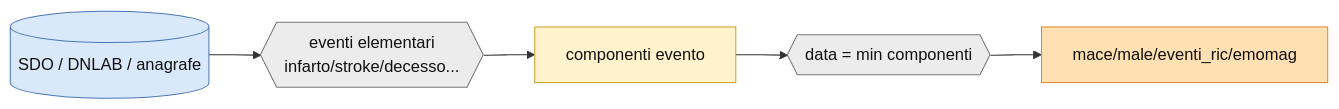
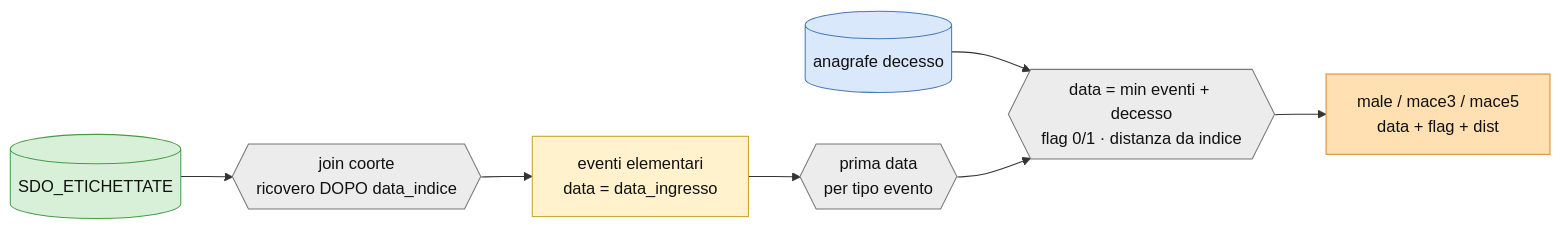
The tenth of 14 diagrams in OCVTS.md (arjunascagnetto/OCVTS), drawn with Mermaid before and after one commit. The commit also changed other lines of this file, not shown here.

First line of the commit message:
Eventi: arricchita la costruzione di MALE e MACE 3p/5p

````diff
--- a/OCVTS.md
+++ b/OCVTS.md
@@ -740,9 +734,12 @@
 ```mermaid
 flowchart LR
-  sdo[(SDO / DNLAB / anagrafe)]:::l0 --> EV{{eventi elementari<br/>infarto/stroke/decesso...}}:::tf --> comp[componenti evento]:::l2
-  comp --> MIN{{data = min componenti}}:::tf --> OUT[mace/male/eventi_ric/emomag]:::out
+  sdo[(SDO_ETICHETTATE)]:::l1 --> J{{join coorte<br/>ricovero DOPO data_indice}}:::tf --> ev[eventi elementari<br/>data = data_ingresso]:::l2
+  dec[(anagrafe decesso)]:::l0 --> MIN
+  ev --> FIRST{{prima data<br/>per tipo evento}}:::tf --> MIN{{data = min eventi + decesso<br/>flag 0/1 · distanza da indice}}:::tf
+  MIN --> OUT[male / mace3 / mace5<br/>data + flag + dist]:::out
   classDef l0 fill:#d9e8fb,stroke:#4a78b5,color:#111;
+  classDef l1 fill:#d7f0d7,stroke:#4a9a4a,color:#111;
   classDef l2 fill:#fff2cc,stroke:#c9a227,color:#111;
   classDef tf fill:#ececec,stroke:#777,color:#111;
   classDef out fill:#ffe0b3,stroke:#d98a2b,color:#111;
 ```
````
